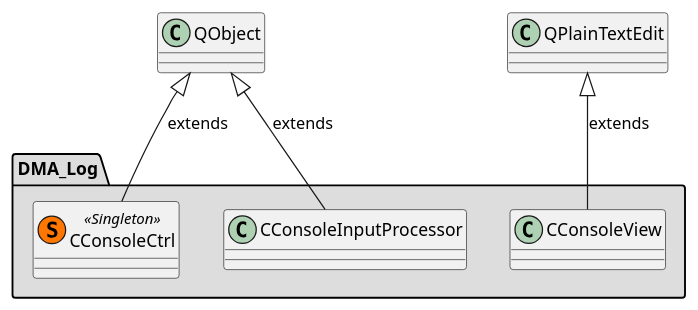
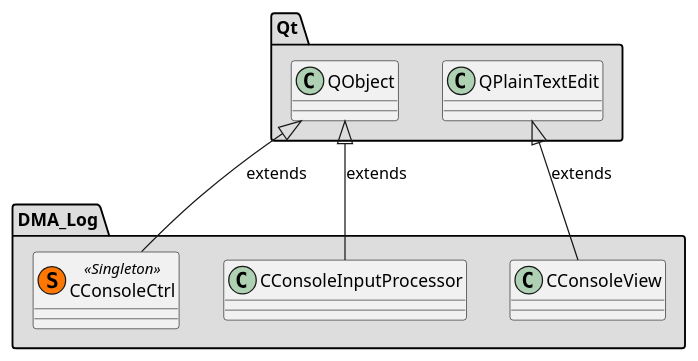
Before and after one commit to svlad-90/DLT-Message-Analyzer: the diagram in md/dev_docs/puml/DMA_Log_standalone.puml, drawn with PlantUML. The commit also changed 41 other files, not shown here.

First line of the commit message:
[ISSUE #107][REPOSITORY] Extend README to contain a diagram, which will represent dependencies to the third-party repositories

```diff
--- a/md/dev_docs/puml/DMA_Log_standalone.puml
+++ b/md/dev_docs/puml/DMA_Log_standalone.puml
@@ -2,26 +2,39 @@
 @startuml
 
 skinparam wrapWidth 600
 package "DMA_Log" #DDDDDD
 {
 
 class "CConsoleCtrl"<< (S,#FF7700) Singleton >>
 {
 }
 
 class "CConsoleInputProcessor"
 {
 }
 
 class "CConsoleView"
 {
 }
 
 }
 
+package "Qt" #DDDDDD
+{
+
+class "QObject"
+{
+}
+
+class "QPlainTextEdit"
+{
+}
+
+}
+
 '====================Inheritance section====================
 QObject <|-- CConsoleCtrl : extends
 QObject <|-- CConsoleInputProcessor : extends
 QPlainTextEdit <|-- CConsoleView : extends
 
 @enduml
```
